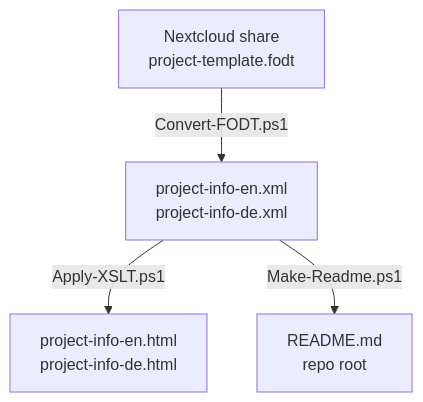
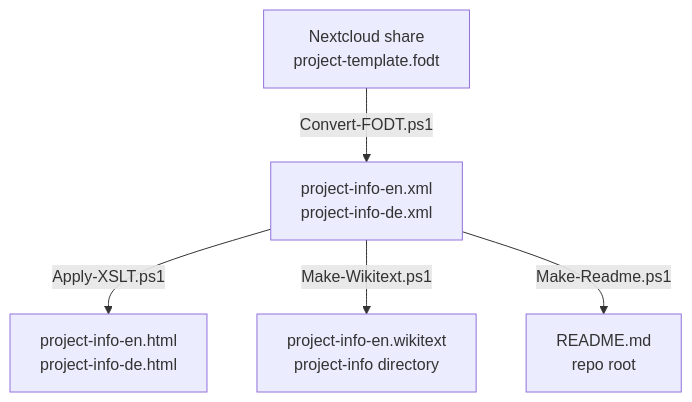
Before and after one commit to TIBHannover/climate-knowledge-graph: the diagram in project-info/README.md, drawn with Mermaid. The commit also changed other lines of this file and 13 other files, not shown here.

````diff
--- a/project-info/README.md
+++ b/project-info/README.md
@@ -23,6 +25,7 @@
 ```mermaid
 flowchart TD
     A[Nextcloud share<br/>project-template.fodt] -->|Convert-FODT.ps1| B[project-info-en.xml<br/>project-info-de.xml]
     B -->|Apply-XSLT.ps1| C[project-info-en.html<br/>project-info-de.html]
+   B -->|Make-Wikitext.ps1| E[project-info-en.wikitext<br/>project-info directory]
     B -->|Make-Readme.ps1| D[README.md<br/>repo root]
 ```
````
